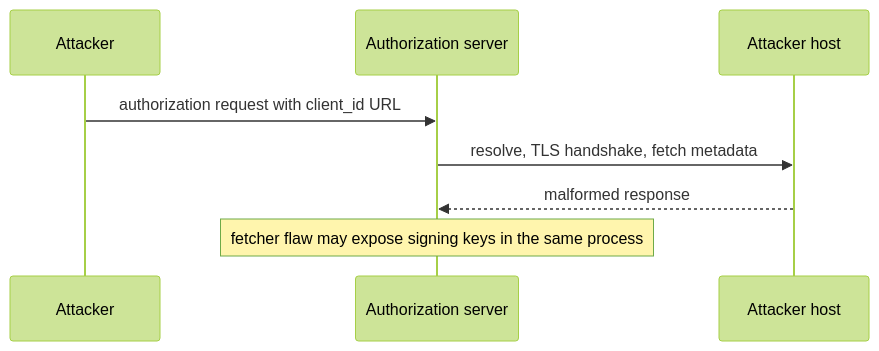
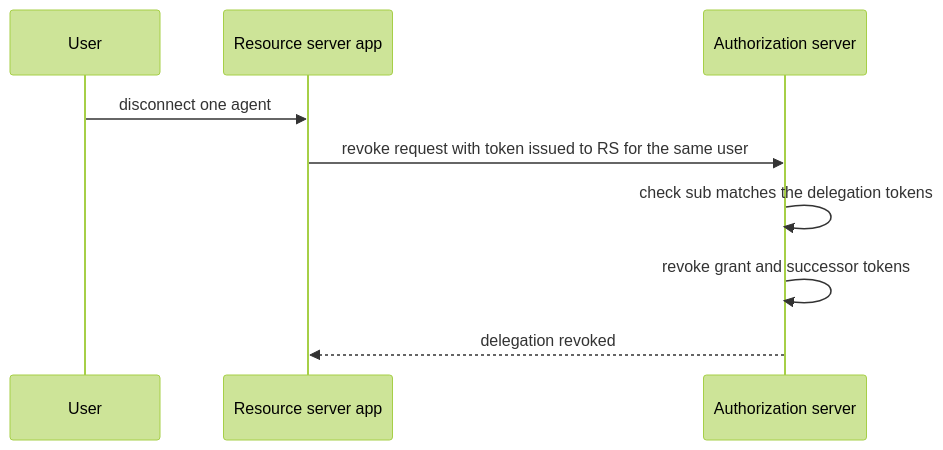
Before and after one commit to 0-draft/identity-deep-dive: the second of 2 diagrams in tracks/oauth-wg/reports/daily/2026-11-20.md, drawn with Mermaid (forest theme). The commit also changed other lines of this file and 10 other files, not shown here.

````diff
--- a/tracks/oauth-wg/reports/daily/2026-11-20.md
+++ b/tracks/oauth-wg/reports/daily/2026-11-20.md
@@ -153,10 +71,11 @@
 ```mermaid
 sequenceDiagram
-  participant A as Attacker
+  participant U as User
+  participant RS as Resource server app
   participant AS as Authorization server
-  participant H as Attacker host
-  A->>AS: authorization request with client_id URL
-  AS->>H: resolve, TLS handshake, fetch metadata
-  H-->>AS: malformed response
-  Note over AS: fetcher flaw may expose signing keys in the same process
+  U->>RS: disconnect one agent
+  RS->>AS: revoke request with token issued to RS for the same user
+  AS->>AS: check sub matches the delegation tokens
+  AS->>AS: revoke grant and successor tokens
+  AS-->>RS: delegation revoked
 ```
````
